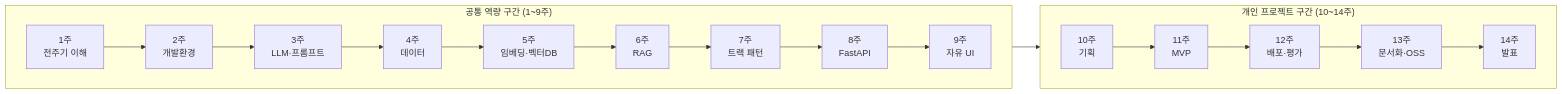
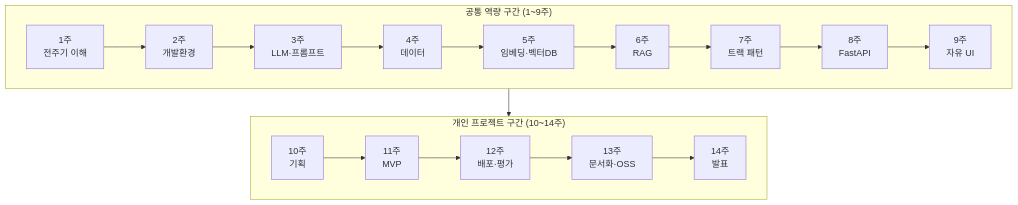
One commit to 2026-ai-service-engineering-a/ai_service_engineering-track_a changed the first of 14 diagrams in site/src/content/courses/ko/session-01.mdx. Above: the diagram before and after it, drawn with Mermaid. The commit also changed other lines of this file and 1 other file, not shown here.

````diff
--- a/site/src/content/courses/ko/session-01.mdx
+++ b/site/src/content/courses/ko/session-01.mdx
@@ -67,12 +54,12 @@
 ```mermaid
-flowchart LR
+flowchart TD
     subgraph common["공통 역량 구간 (1~9주)"]
         direction LR
         W1["1주<br/>전주기 이해"] --> W2["2주<br/>개발환경"] --> W3["3주<br/>LLM·프롬프트"] --> W4["4주<br/>데이터"] --> W5["5주<br/>임베딩·벡터DB"] --> W6["6주<br/>RAG"] --> W7["7주<br/>트랙 패턴"] --> W8["8주<br/>FastAPI"] --> W9["9주<br/>자유 UI"]
     end
     subgraph project["개인 프로젝트 구간 (10~14주)"]
         direction LR
         W10["10주<br/>기획"] --> W11["11주<br/>MVP"] --> W12["12주<br/>배포·평가"] --> W13["13주<br/>문서화·OSS"] --> W14["14주<br/>발표"]
     end
     common --> project
 ```
````
